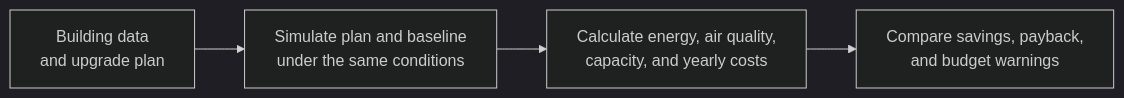
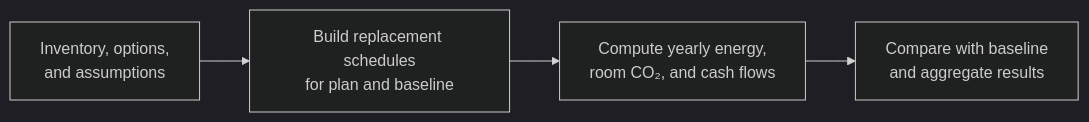
One commit to enoptim/lauzhack changed the diagram in submission/technical-report/technical-report.md. Above: the diagram before and after it, drawn with Mermaid (dark theme). The commit also changed other lines of this file and 8 other files, not shown here.

````diff
--- a/submission/technical-report/technical-report.md
+++ b/submission/technical-report/technical-report.md
@@ -13,6 +17,6 @@
 ```mermaid
 flowchart LR
-    A[Building data<br/>and upgrade plan] --> B[Simulate plan and baseline<br/>under the same conditions]
-    B --> C[Calculate energy, air quality,<br/>capacity, and yearly costs]
-    C --> D[Compare savings, payback,<br/>and budget warnings]
+    A[Inventory, options,<br/>and assumptions] --> B[Build replacement schedules<br/>for plan and baseline]
+    B --> C[Compute yearly energy,<br/>room CO₂, and cash flows]
+    C --> D[Compare with baseline<br/>and aggregate results]
 ```
````
